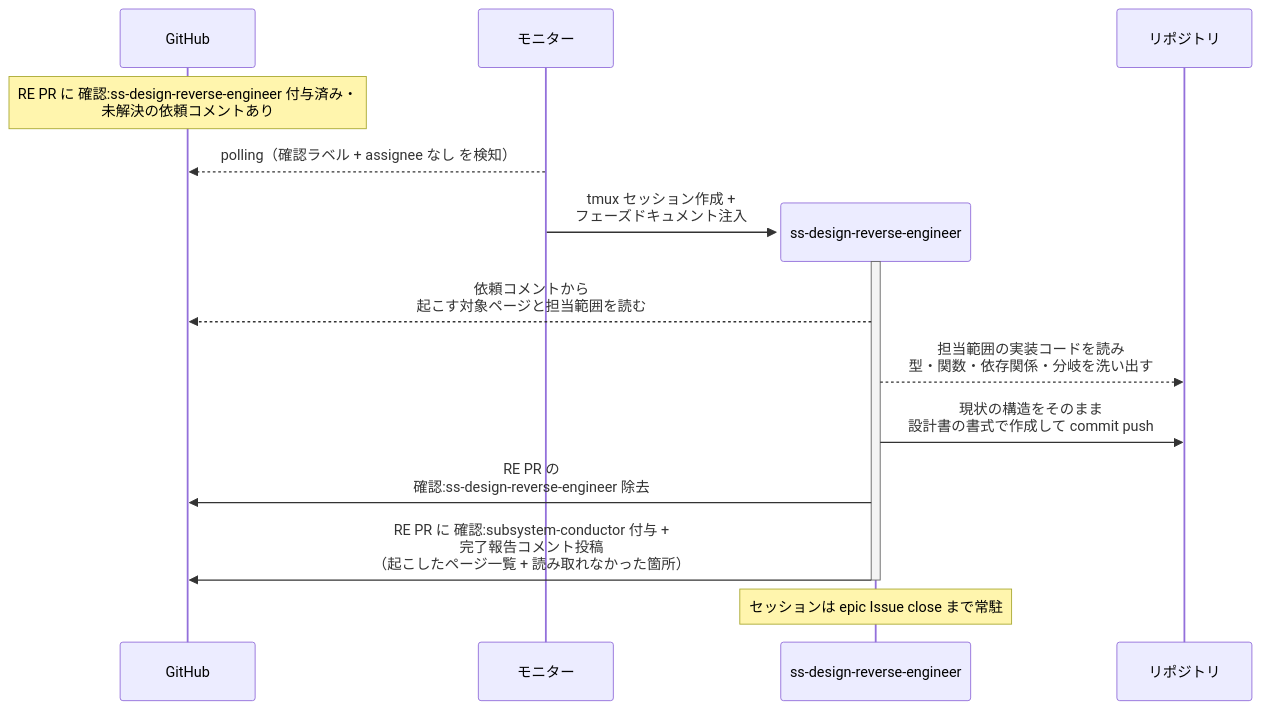
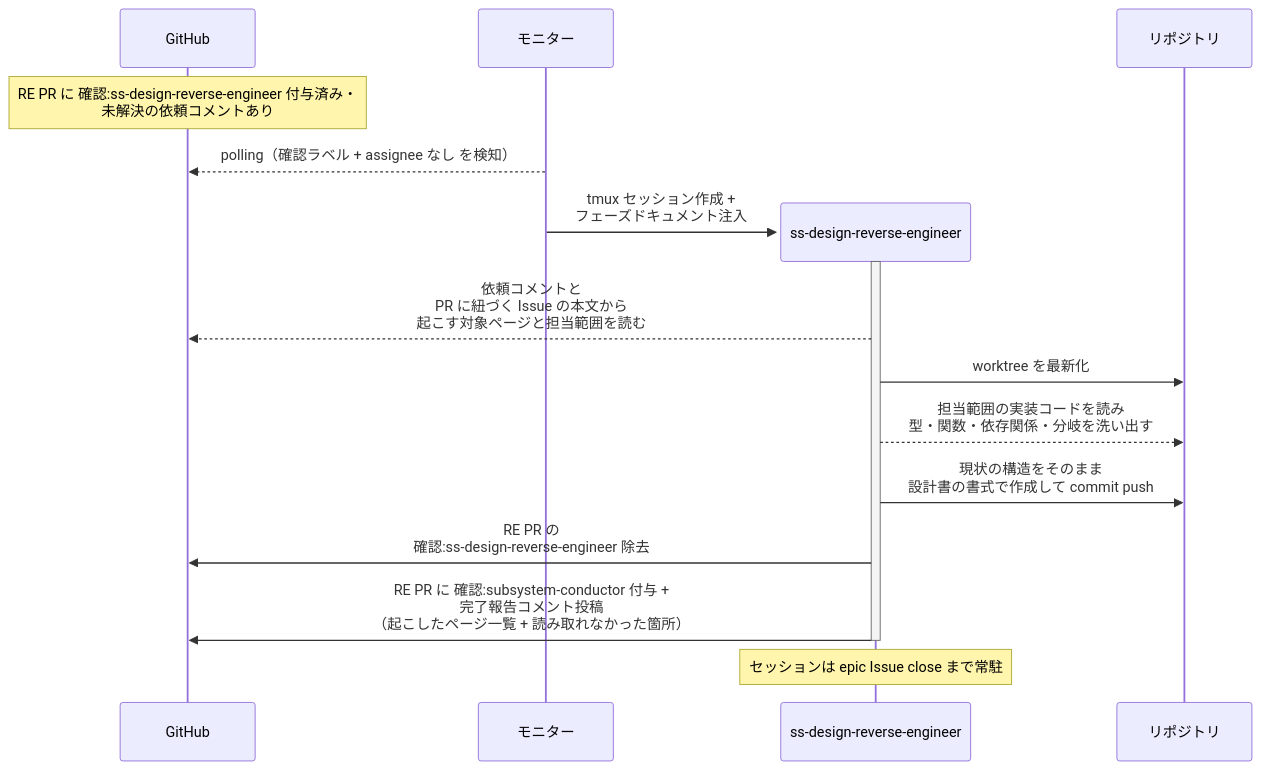
Before and after one commit to shuhei1101/ai-monitor: the first of 2 diagrams in docs/wiki/設計図/シナリオ/単一ユースケース/現状設計書の起こし.md, drawn with Mermaid. The commit also changed other lines of this file and 304 other files, not shown here.

````diff
--- a/docs/wiki/設計図/シナリオ/単一ユースケース/現状設計書の起こし.md
+++ b/docs/wiki/設計図/シナリオ/単一ユースケース/現状設計書の起こし.md
@@ -39,19 +40,20 @@
 ```mermaid
 sequenceDiagram
   participant GH as GitHub
   participant ORC as モニター
 
   Note over GH: RE PR に 確認:ss-design-reverse-engineer 付与済み・<br>未解決の依頼コメントあり
   ORC-->>GH: polling（確認ラベル + assignee なし を検知）
   create participant MON as ss-design-reverse-engineer
   ORC->>MON: tmux セッション作成 +<br>フェーズドキュメント注入
   participant REPO as リポジトリ
   activate MON
-  MON-->>GH: 依頼コメントから<br>起こす対象ページと担当範囲を読む
+  MON-->>GH: 依頼コメントと<br>PR に紐づく Issue の本文から<br>起こす対象ページと担当範囲を読む
+  MON->>REPO: worktree を最新化
   MON-->>REPO: 担当範囲の実装コードを読み<br>型・関数・依存関係・分岐を洗い出す
   MON->>REPO: 現状の構造をそのまま<br>設計書の書式で作成して commit push
   MON->>GH: RE PR の<br>確認:ss-design-reverse-engineer 除去
   MON->>GH: RE PR に 確認:subsystem-conductor 付与 +<br>完了報告コメント投稿<br>（起こしたページ一覧 + 読み取れなかった箇所）
   deactivate MON
   Note over MON: セッションは epic Issue close まで常駐
 ```
````
